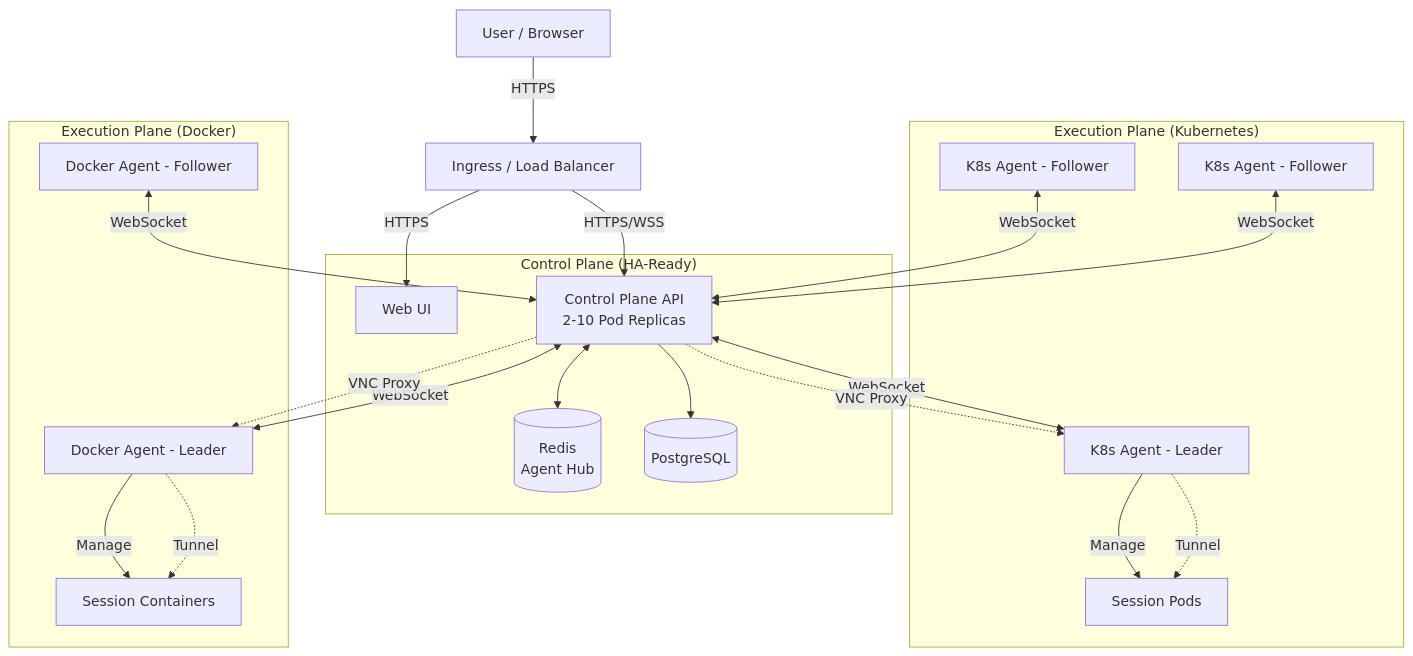
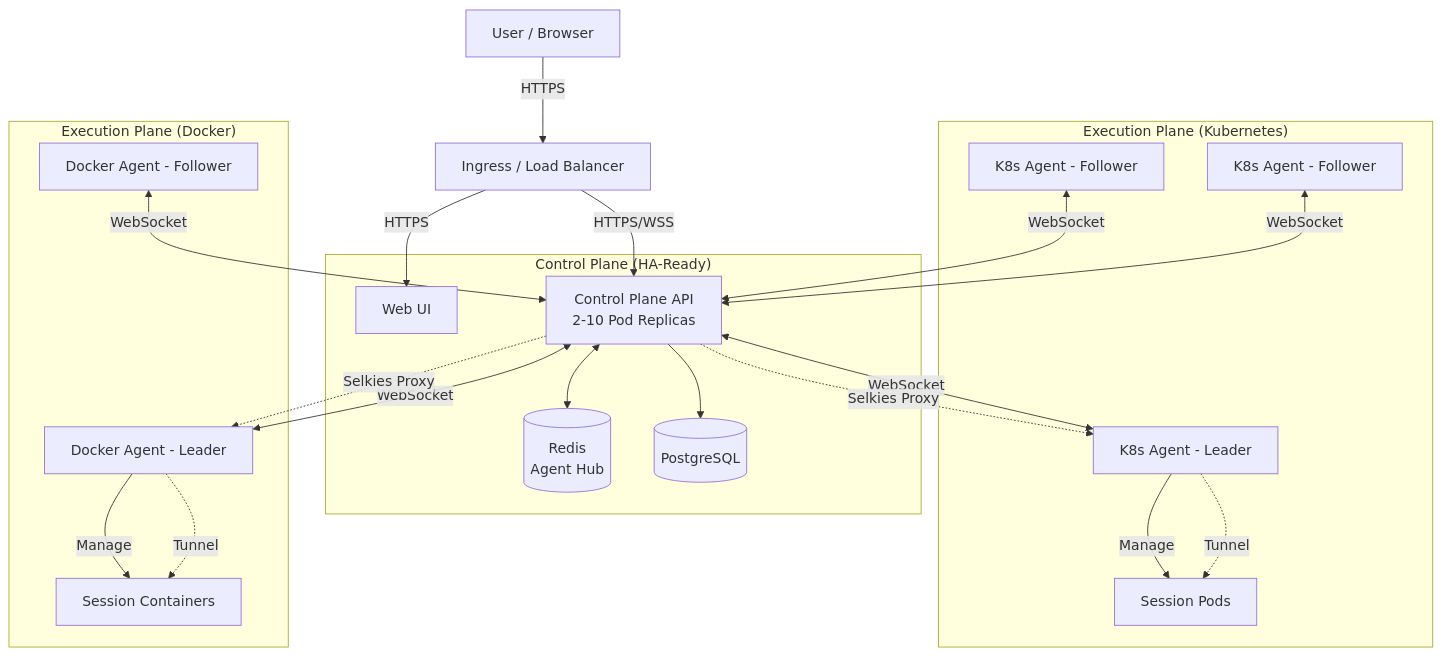
The first of 8 diagrams in docs/ARCHITECTURE.md (streamspace-dev/streamspace), drawn with Mermaid before and after one commit. The commit also changed other lines of this file and 6 other files, not shown here.

````diff
--- a/docs/ARCHITECTURE.md
+++ b/docs/ARCHITECTURE.md
@@ -24,37 +24,37 @@
 ```mermaid
 graph TD
     User[User / Browser] -->|HTTPS| Ingress[Ingress / Load Balancer]
     Ingress -->|HTTPS| UI[Web UI]
     Ingress -->|HTTPS/WSS| API[Control Plane API<br/>2-10 Pod Replicas]
 
     subgraph "Control Plane (HA-Ready)"
         UI
         API
         Redis[(Redis<br/>Agent Hub)]
         DB[(PostgreSQL)]
         API --> DB
         API <--> Redis
     end
 
     subgraph "Execution Plane (Kubernetes)"
         K8sLeader[K8s Agent - Leader]
         K8sFollower1[K8s Agent - Follower]
         K8sFollower2[K8s Agent - Follower]
         K8sLeader <-->|WebSocket| API
         K8sFollower1 <-->|WebSocket| API
         K8sFollower2 <-->|WebSocket| API
         K8sLeader -->|Manage| Pods[Session Pods]
-        API -.->|VNC Proxy| K8sLeader
+        API -.->|Selkies Proxy| K8sLeader
         K8sLeader -.->|Tunnel| Pods
     end
 
     subgraph "Execution Plane (Docker)"
         DockerLeader[Docker Agent - Leader]
         DockerFollower[Docker Agent - Follower]
         DockerLeader <-->|WebSocket| API
         DockerFollower <-->|WebSocket| API
         DockerLeader -->|Manage| Containers[Session Containers]
-        API -.->|VNC Proxy| DockerLeader
+        API -.->|Selkies Proxy| DockerLeader
         DockerLeader -.->|Tunnel| Containers
     end
 ```
````
